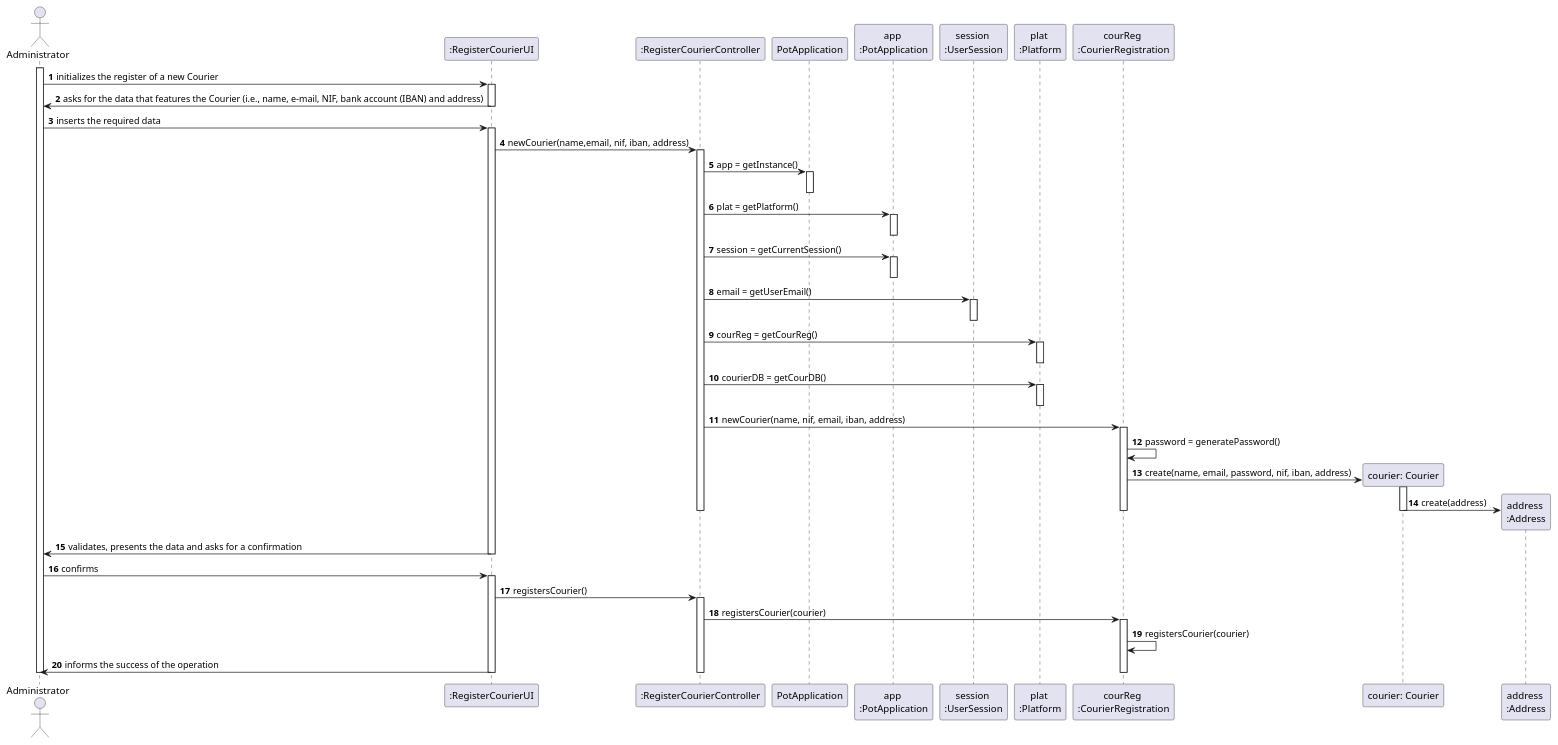
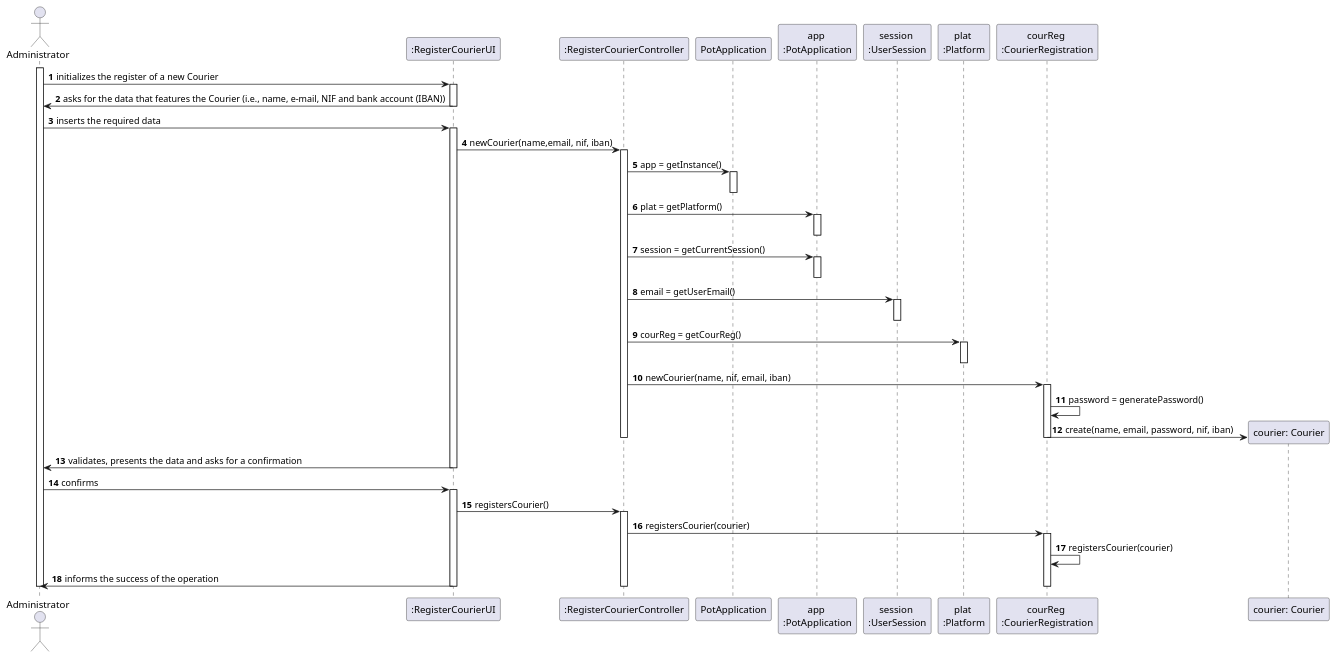
One commit to tiagoavcosta25/LAPR3 changed the diagram in docs/Iteration 1/Courier Management/US19_RegisterCourier/US19_SD.puml. Above: the diagram before and after it, drawn with PlantUML. The commit also changed 12 other files, not shown here.

```diff
--- a/docs/Iteration 1/Courier Management/US19_RegisterCourier/US19_SD.puml
+++ b/docs/Iteration 1/Courier Management/US19_RegisterCourier/US19_SD.puml
@@ -1,74 +1,67 @@
 @startuml
 autonumber
 actor "Administrator" as ADMIN
 
 participant ":RegisterCourierUI" as UI
 participant ":RegisterCourierController" as CTRL
 participant "PotApplication" as PA
 participant "app \n:PotApplication" as APA
 participant "session \n:UserSession" as US
 participant "plat \n:Platform" as PLAT
 participant "courReg \n:CourierRegistration" as RF
 participant "courier: Courier" as CR
-participant "address \n:Address" as AD
 
 
 
 activate ADMIN
 
 ADMIN -> UI : initializes the register of a new Courier
 activate UI
-UI -> ADMIN : asks for the data that features the Courier (i.e., name, e-mail, NIF, bank account (IBAN) and address)
+UI -> ADMIN : asks for the data that features the Courier (i.e., name, e-mail, NIF and bank account (IBAN))
 deactivate UI
 
 ADMIN -> UI : inserts the required data
 activate UI
-UI -> CTRL : newCourier(name,email, nif, iban, address)
+UI -> CTRL : newCourier(name,email, nif, iban)
 activate CTRL
 CTRL -> PA : app = getInstance()
 activate PA
 deactivate PA
 CTRL -> APA : plat = getPlatform()
 activate APA
 deactivate APA
 CTRL -> APA : session = getCurrentSession()
 activate APA
 deactivate APA
 CTRL -> US : email = getUserEmail()
 activate US
 deactivate US
 CTRL -> PLAT : courReg = getCourReg()
 activate PLAT
 deactivate PLAT
-CTRL -> PLAT : courierDB = getCourDB()
-activate PLAT
-deactivate PLAT
-CTRL -> RF : newCourier(name, nif, email, iban, address)
+CTRL -> RF : newCourier(name, nif, email, iban)
 activate RF
 RF -> RF : password = generatePassword()
-RF -> CR ** : create(name, email, password, nif, iban, address)
-activate CR
-CR -> AD** : create(address)
-deactivate CR
+RF -> CR ** : create(name, email, password, nif, iban)
 deactivate RF
 deactivate CTRL
 
 
 UI -> ADMIN : validates, presents the data and asks for a confirmation
 deactivate UI
 
 ADMIN -> UI : confirms
 activate UI
 UI -> CTRL : registersCourier()
 activate CTRL
 CTRL -> RF : registersCourier(courier)
 activate RF
 RF -> RF : registersCourier(courier)
 UI -> ADMIN : informs the success of the operation
 deactivate RF
 deactivate CTRL
 deactivate UI
 
 deactivate ADMIN
 
 @enduml
```
